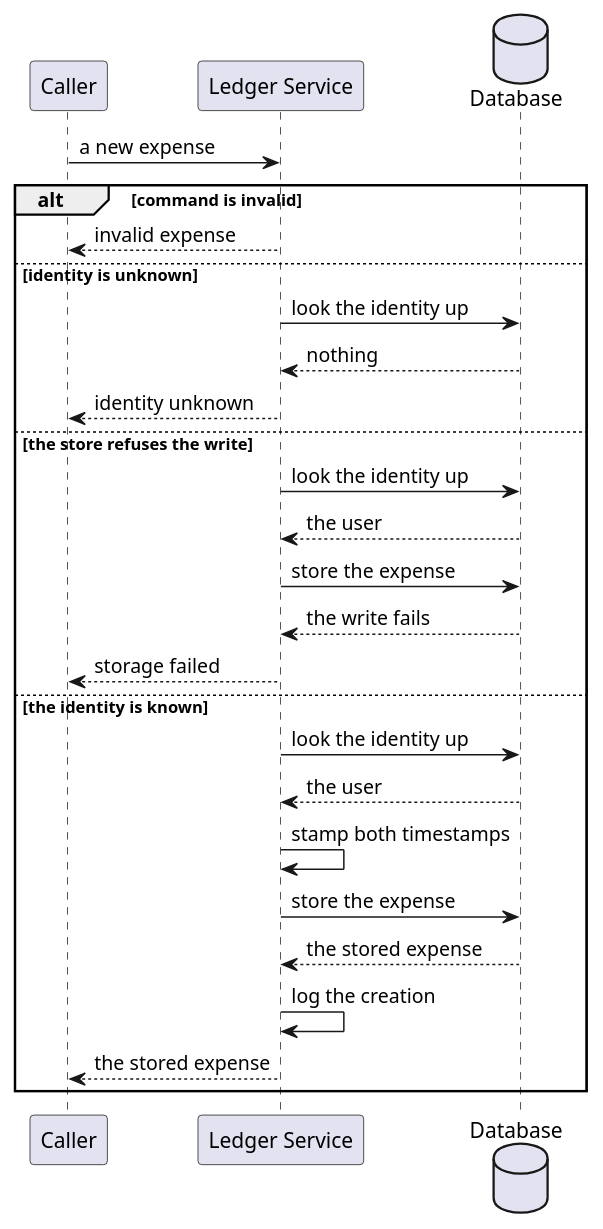
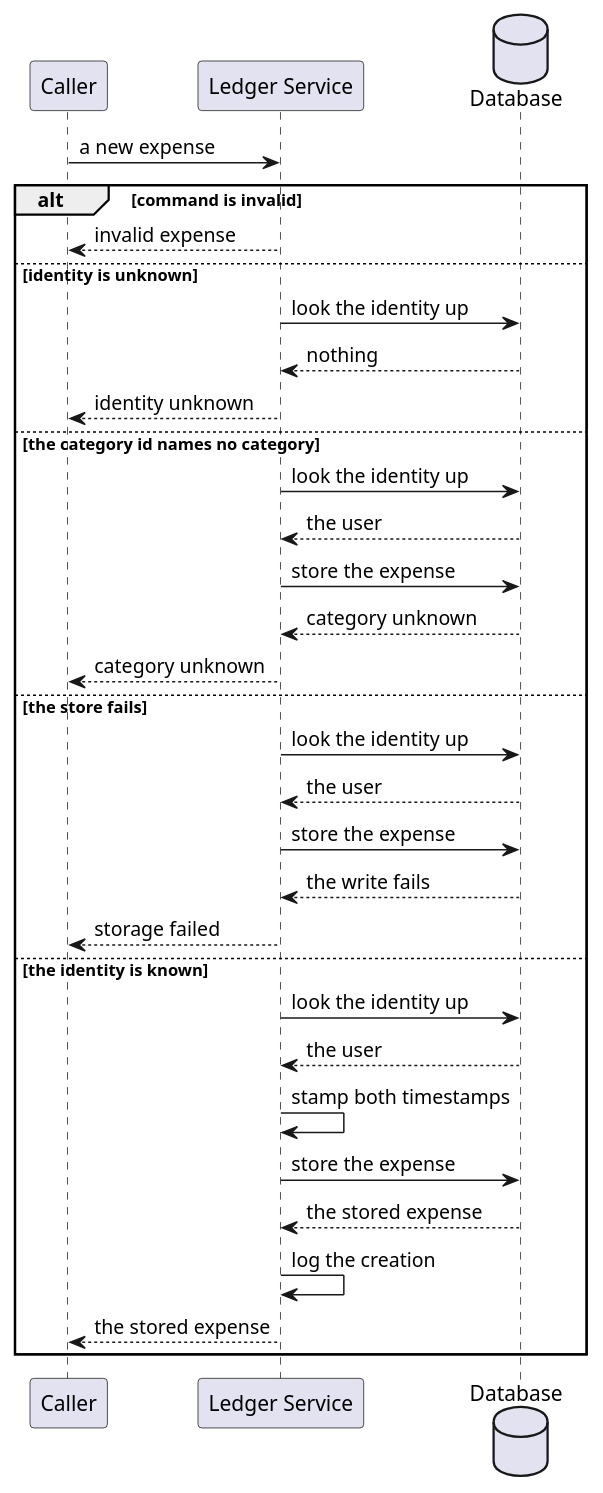
One commit to ds-usova/finance-bot changed the second of 2 diagrams in ledger-service/docs/usecases/create-an-expense.md. Above: the diagram before and after it, drawn with PlantUML. The commit also changed other lines of this file and 56 other files, not shown here.

````diff
--- a/ledger-service/docs/usecases/create-an-expense.md
+++ b/ledger-service/docs/usecases/create-an-expense.md
@@ -73,31 +78,37 @@
 ```plantuml
 @startuml CreateExpense-Sequence
 participant "Caller" as Caller
 participant "Ledger Service" as LS
 database "Database" as DB
 
 Caller -> LS : a new expense
 
 alt command is invalid
   LS --> Caller : invalid expense
 else identity is unknown
   LS -> DB : look the identity up
   DB --> LS : nothing
   LS --> Caller : identity unknown
-else the store refuses the write
+else the category id names no category
+  LS -> DB : look the identity up
+  DB --> LS : the user
+  LS -> DB : store the expense
+  DB --> LS : category unknown
+  LS --> Caller : category unknown
+else the store fails
   LS -> DB : look the identity up
   DB --> LS : the user
   LS -> DB : store the expense
   DB --> LS : the write fails
   LS --> Caller : storage failed
 else the identity is known
   LS -> DB : look the identity up
   DB --> LS : the user
   LS -> LS : stamp both timestamps
   LS -> DB : store the expense
   DB --> LS : the stored expense
   LS -> LS : log the creation
   LS --> Caller : the stored expense
 end
 @enduml
 ```
````
